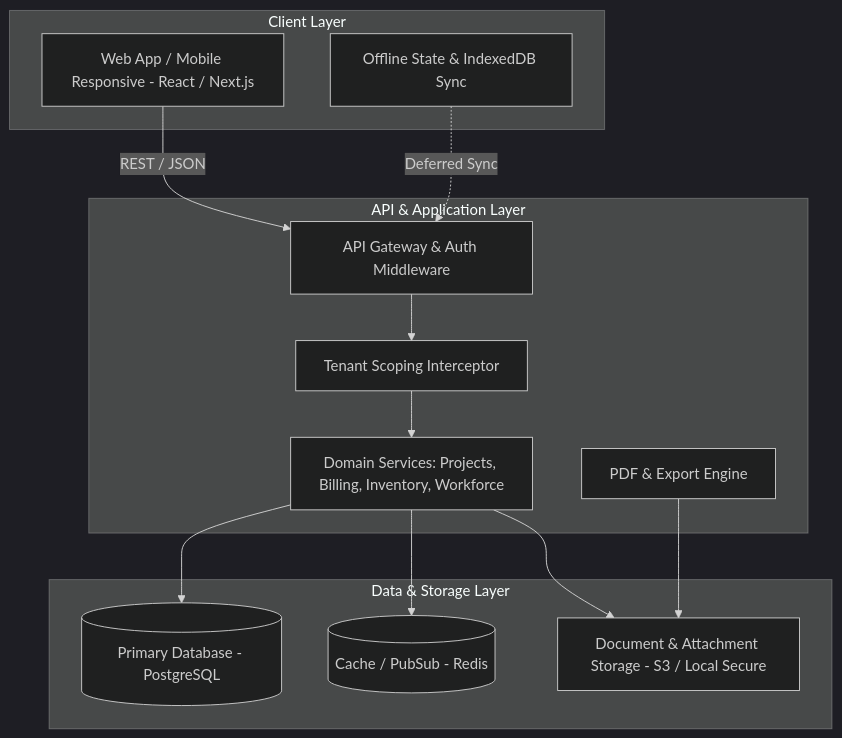
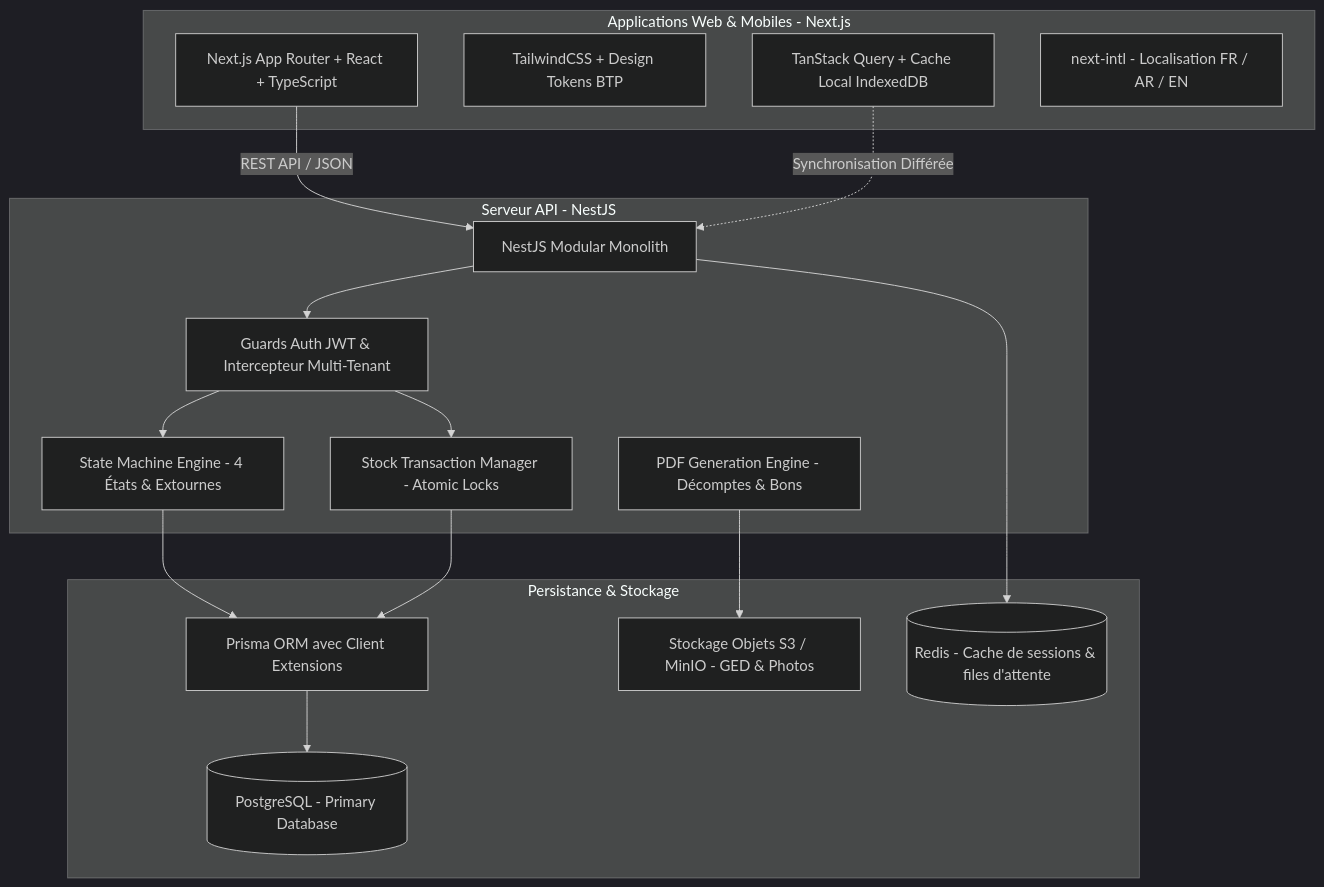
Before and after one commit to EnigmaFete/BatiOne: the diagram in docs/ARCHITECTURE.md, drawn with Mermaid (dark theme). The commit also changed other lines of this file and 10 other files, not shown here.

Commit message:
docs(arch): comprehensive architecture, schema, contracts, and governance specification

````diff
--- a/docs/ARCHITECTURE.md
+++ b/docs/ARCHITECTURE.md
@@ -10,29 +17,35 @@
 ```mermaid
 graph TD
-    subgraph Client Layer
-        A1[Web App / Mobile Responsive - React / Next.js]
-        A2[Offline State & IndexedDB Sync]
+    subgraph Frontend [Applications Web & Mobiles - Next.js]
+        UI1[Next.js App Router + React + TypeScript]
+        UI2[TailwindCSS + Design Tokens BTP]
+        UI3[TanStack Query + Cache Local IndexedDB]
+        UI4[next-intl - Localisation FR / AR / EN]
     end
 
-    subgraph API & Application Layer
-        B1[API Gateway & Auth Middleware]
-        B2[Tenant Scoping Interceptor]
-        B3[Domain Services: Projects, Billing, Inventory, Workforce]
-        B4[PDF & Export Engine]
+    subgraph Backend [Serveur API - NestJS]
+        API1[NestJS Modular Monolith]
+        API2[Guards Auth JWT & Intercepteur Multi-Tenant]
+        API3[State Machine Engine - 4 États & Extournes]
+        API4[Stock Transaction Manager - Atomic Locks]
+        API5[PDF Generation Engine - Décomptes & Bons]
     end
 
-    subgraph Data & Storage Layer
-        C1[(Primary Database - PostgreSQL)]
-        C2[(Cache / PubSub - Redis)]
-        C3[Document & Attachment Storage - S3 / Local Secure]
+    subgraph Data [Persistance & Stockage]
+        DB[(PostgreSQL - Primary Database)]
+        ORM[Prisma ORM avec Client Extensions]
+        S3[Stockage Objets S3 / MinIO - GED & Photos]
+        CACHE[(Redis - Cache de sessions & files d'attente)]
     end
 
-    A1 -->|REST / JSON| B1
-    A2 -.->|Deferred Sync| B1
-    B1 --> B2
-    B2 --> B3
-    B3 --> C1
-    B3 --> C2
-    B3 --> C3
-    B4 --> C3
+    UI1 -->|REST API / JSON| API1
+    UI3 -.->|Synchronisation Différée| API1
+    API1 --> API2
+    API2 --> API3
+    API2 --> API4
+    API3 --> ORM
+    API4 --> ORM
+    ORM --> DB
+    API1 --> CACHE
+    API5 --> S3
 ```
````
